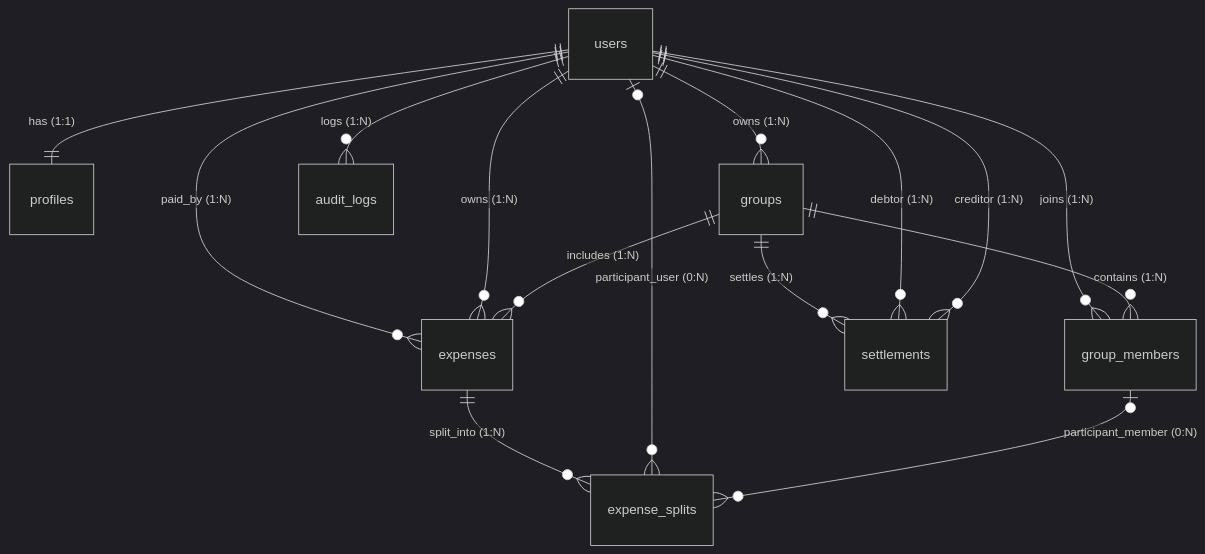
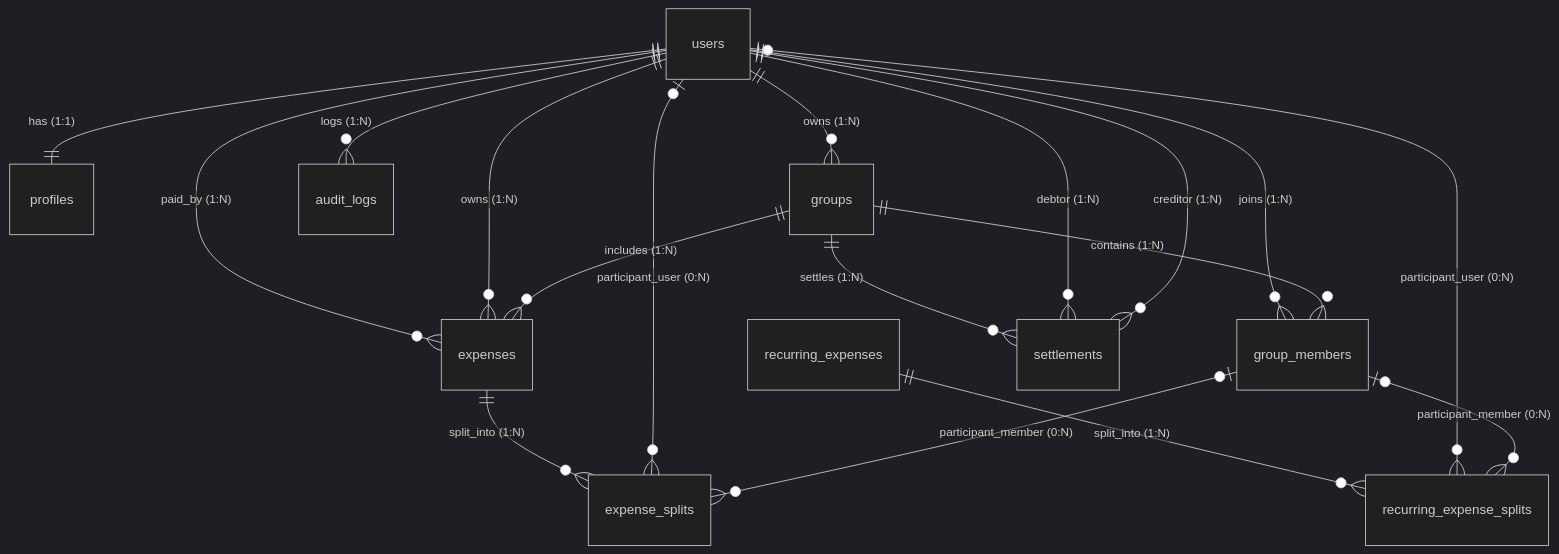
Before and after one commit to prvnsahni-duck/FInMate: the fourth of 4 diagrams in ARCHITECTURE.md, drawn with Mermaid (dark theme). The commit also changed other lines of this file and 51 other files, not shown here.

First line of the commit message:
feat(expenses): complete recurring expenses and align zero-knowledge architecture

````diff
--- a/ARCHITECTURE.md
+++ b/ARCHITECTURE.md
@@ -144,21 +158,25 @@
 ```mermaid
 erDiagram
     users ||--|| profiles : "has (1:1)"
     users ||--o{ groups : "owns (1:N)"
     users ||--o{ group_members : "joins (1:N)"
     groups ||--o{ group_members : "contains (1:N)"
 
     users ||--o{ expenses : "paid_by (1:N)"
     users ||--o{ expenses : "owns (1:N)"
     groups ||--o{ expenses : "includes (1:N)"
 
     expenses ||--o{ expense_splits : "split_into (1:N)"
     users o|--o{ expense_splits : "participant_user (0:N)"
     group_members o|--o{ expense_splits : "participant_member (0:N)"
 
+    recurring_expenses ||--o{ recurring_expense_splits : "split_into (1:N)"
+    users o|--o{ recurring_expense_splits : "participant_user (0:N)"
+    group_members o|--o{ recurring_expense_splits : "participant_member (0:N)"
+
     groups ||--o{ settlements : "settles (1:N)"
     users ||--o{ settlements : "debtor (1:N)"
     users ||--o{ settlements : "creditor (1:N)"
-
+ 
     users ||--o{ audit_logs : "logs (1:N)"
 ```
````
